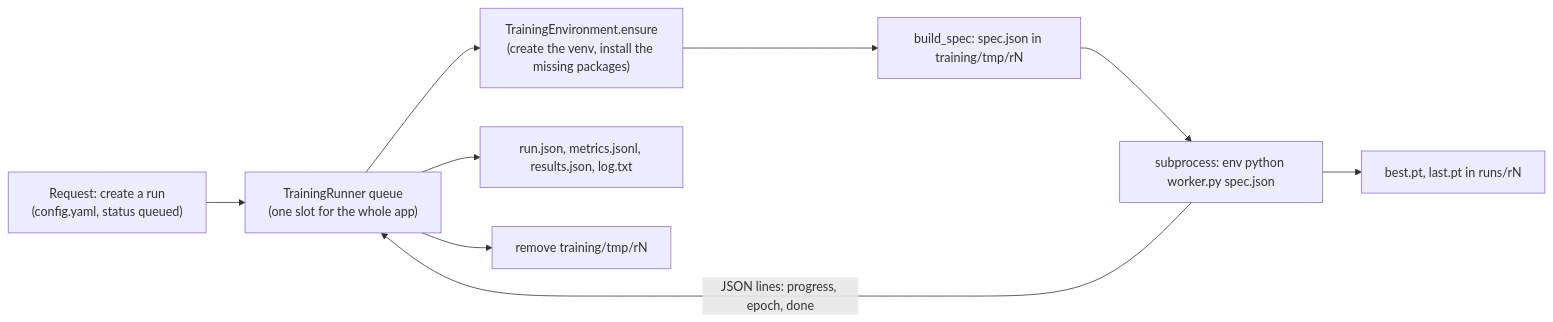
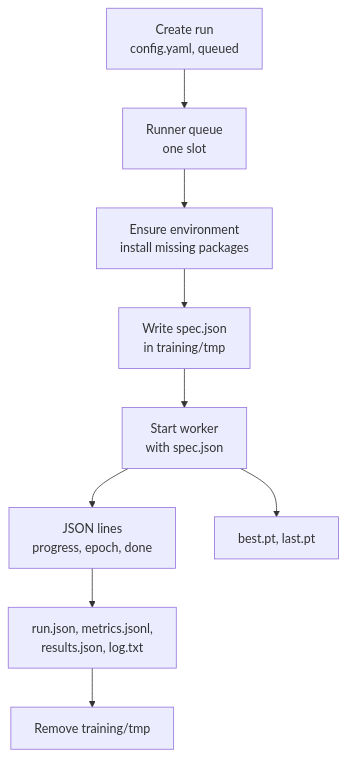
Before and after one commit to karemdm/activelabel: the diagram in docs/DEVELOPMENT.md, drawn with Mermaid. The commit also changed 3 other files, not shown here.

Commit message:
docs: redraw the diagrams with short labels and simple layouts so nothing overlaps (#220)

````diff
--- a/docs/DEVELOPMENT.md
+++ b/docs/DEVELOPMENT.md
@@ -119,11 +119,11 @@
 ```mermaid
-flowchart LR
-  A["Request: create a run<br/>(config.yaml, status queued)"] --> B["TrainingRunner queue<br/>(one slot for the whole app)"]
-  B --> C["TrainingEnvironment.ensure<br/>(create the venv, install the missing packages)"]
-  C --> D["build_spec: spec.json in training/tmp/rN"]
-  D --> E["subprocess: env python worker.py spec.json"]
-  E -- "JSON lines: progress, epoch, done" --> B
-  B --> F["run.json, metrics.jsonl, results.json, log.txt"]
-  E --> G["best.pt, last.pt in runs/rN"]
-  B --> H["remove training/tmp/rN"]
+flowchart TB
+  A["Create run<br/>config.yaml, queued"] --> B["Runner queue<br/>one slot"]
+  B --> C["Ensure environment<br/>install missing packages"]
+  C --> D["Write spec.json<br/>in training/tmp"]
+  D --> E["Start worker<br/>with spec.json"]
+  E --> F["JSON lines<br/>progress, epoch, done"]
+  F --> G["run.json, metrics.jsonl,<br/>results.json, log.txt"]
+  E --> H["best.pt, last.pt"]
+  G --> I["Remove training/tmp"]
 ```
````
